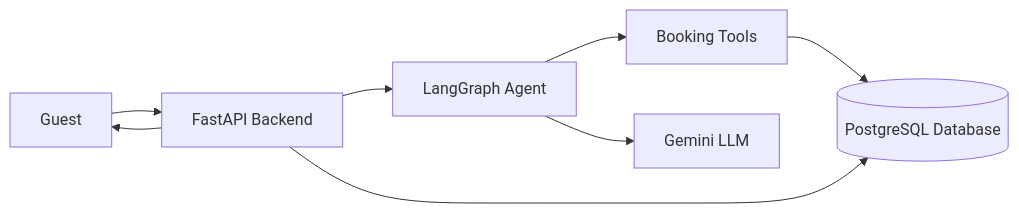
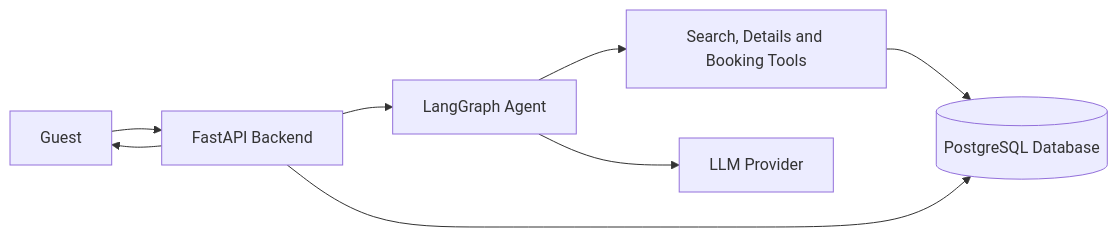
One commit to MH-SHUVO20/StayEase changed the diagram in README.md. Above: the diagram before and after it, drawn with Mermaid. The commit also changed other lines of this file and 1 other file, not shown here.

````diff
--- a/README.md
+++ b/README.md
@@ -9,10 +9,10 @@
 ```mermaid
 flowchart LR
     Guest[Guest] --> Backend[FastAPI Backend]
     Backend --> Agent[LangGraph Agent]
-    Agent --> Tools[Booking Tools]
+    Agent --> Tools[Search, Details and Booking Tools]
     Tools --> DB[(PostgreSQL Database)]
-    Agent --> LLM[Gemini LLM]
+    Agent --> LLM[LLM Provider]
     Backend --> DB
     Backend --> Guest
 ```
````
